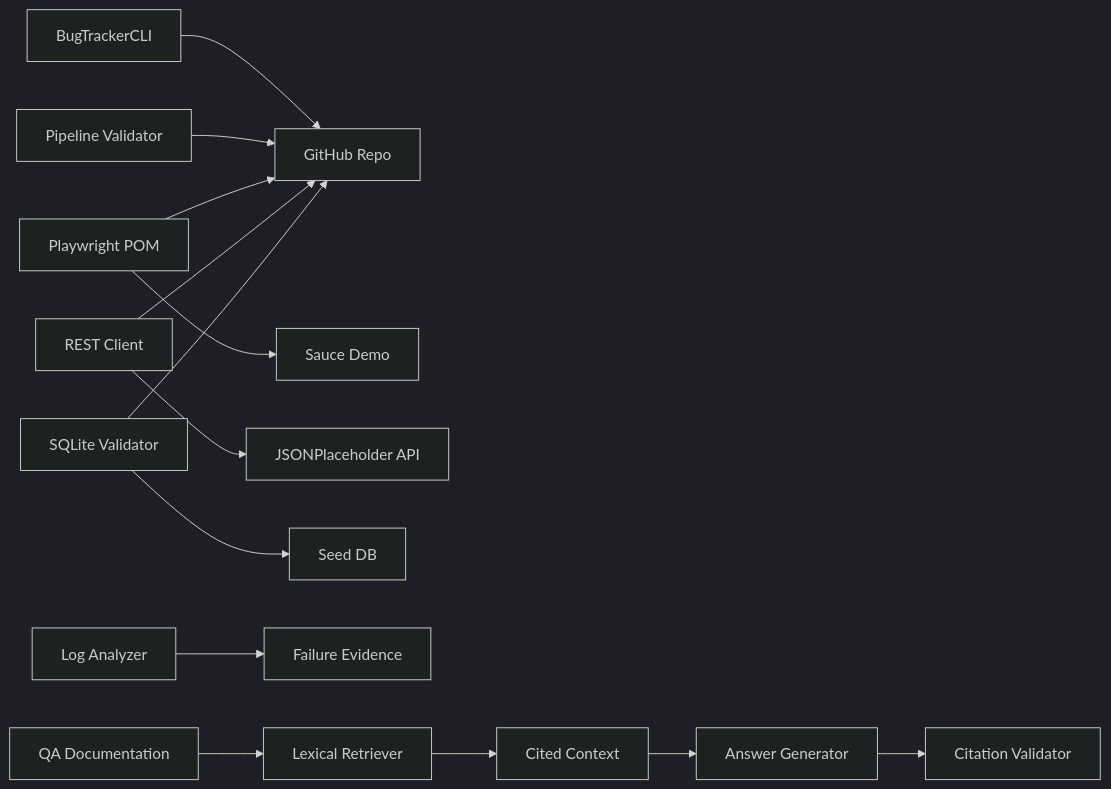
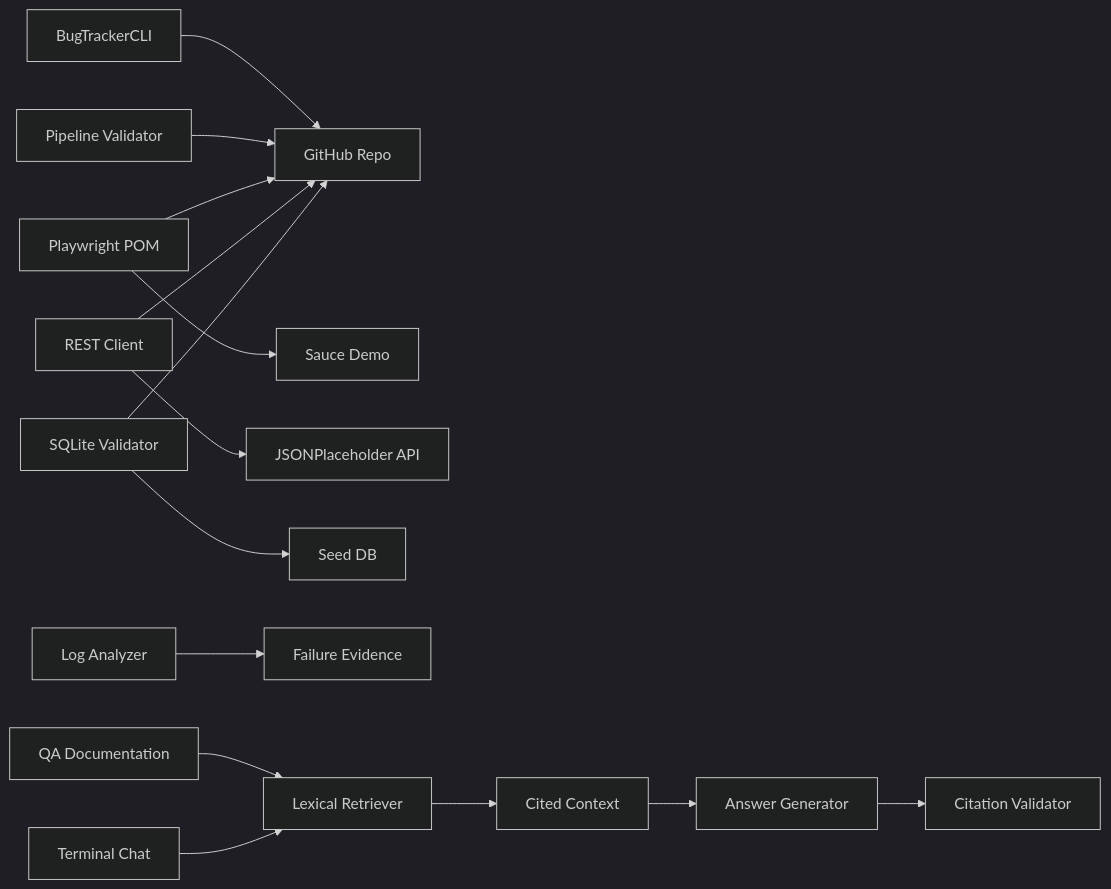
Before and after one commit to saptayh-8910/qa-compliance-sentry: the diagram in README.md, drawn with Mermaid (dark theme). The commit also changed other lines of this file and 10 other files, not shown here.

````diff
--- a/README.md
+++ b/README.md
@@ -40,16 +41,17 @@
 ```mermaid
 flowchart LR
   CLI[BugTrackerCLI] --> Repo[GitHub Repo]
   PW[Playwright POM] --> Sauce[Sauce Demo]
   API[REST Client] --> JSON[JSONPlaceholder API]
   DB[SQLite Validator] --> Seed[Seed DB]
   LOG[Log Analyzer] --> Evidence[Failure Evidence]
   PIPE[Pipeline Validator] --> Repo
   DOCS[QA Documentation] --> RAG[Lexical Retriever]
+  CHAT[Terminal Chat] --> RAG
   RAG --> CTX[Cited Context]
   CTX --> GEN[Answer Generator]
   GEN --> VERIFY[Citation Validator]
   PW --> Repo
   API --> Repo
   DB --> Repo
 ```
````
